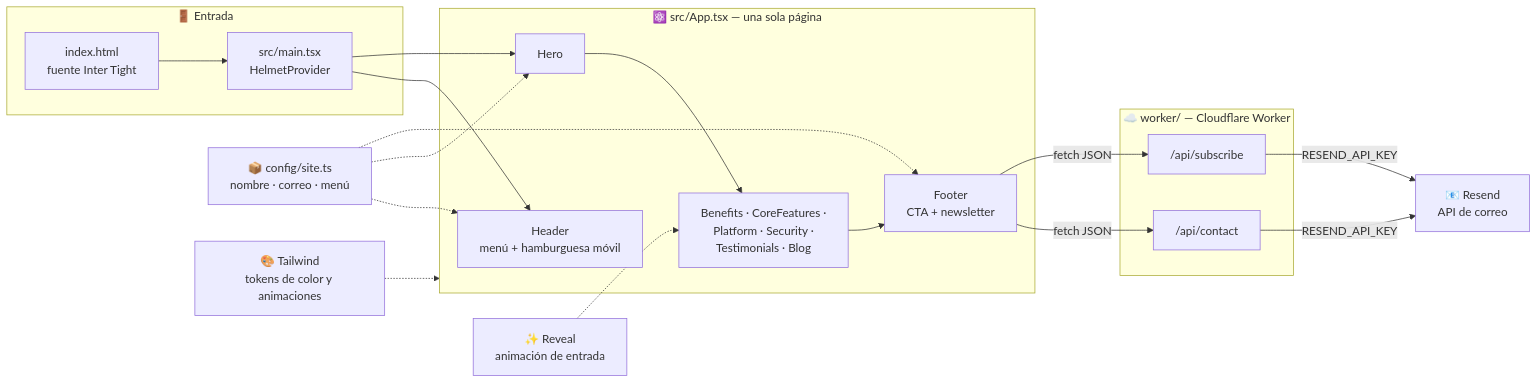
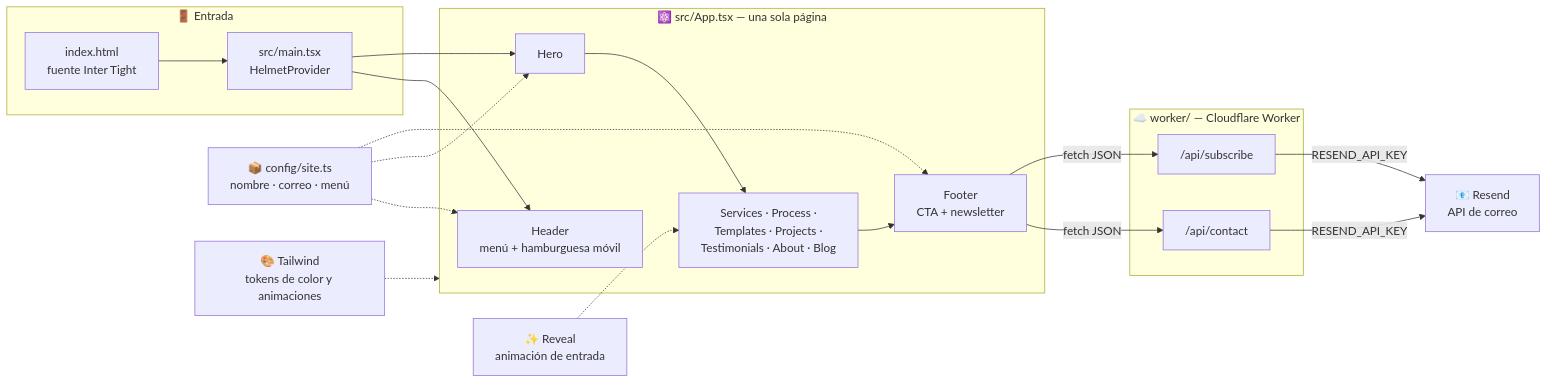
One commit to Pragmatisenterprise/Pragmatis changed the diagram in README.md. Above: the diagram before and after it, drawn with Mermaid. The commit also changed other lines of this file and 37 other files, not shown here.

````diff
--- a/README.md
+++ b/README.md
@@ -68,32 +70,32 @@
 ```mermaid
 flowchart LR
     subgraph Entrada["🚪 Entrada"]
         HTML["index.html\nfuente Inter Tight"]
         MAIN["src/main.tsx\nHelmetProvider"]
     end
 
     subgraph App["⚛️ src/App.tsx — una sola página"]
         HEADER["Header\nmenú + hamburguesa móvil"]
         HERO["Hero"]
-        SECS["Benefits · CoreFeatures ·\nPlatform · Security ·\nTestimonials · Blog"]
+        SECS["Services · Process ·\nTemplates · Projects ·\nTestimonials · About · Blog"]
         FOOTER["Footer\nCTA + newsletter"]
     end
 
     subgraph Serverless["☁️ worker/ — Cloudflare Worker"]
         CONTACT["/api/contact"]
         SUB["/api/subscribe"]
     end
     RESEND["📧 Resend\nAPI de correo"]
 
     CONF["📦 config/site.ts\nnombre · correo · menú"]
     REVEAL["✨ Reveal\nanimación de entrada"]
     TW["🎨 Tailwind\ntokens de color y animaciones"]
 
     HTML --> MAIN --> HEADER
     MAIN --> HERO --> SECS --> FOOTER
     CONF -.-> HEADER & HERO & FOOTER
     REVEAL -.-> SECS
     TW -.-> App
     FOOTER -->|fetch JSON| CONTACT & SUB
     CONTACT & SUB -->|RESEND_API_KEY| RESEND
 ```
````
